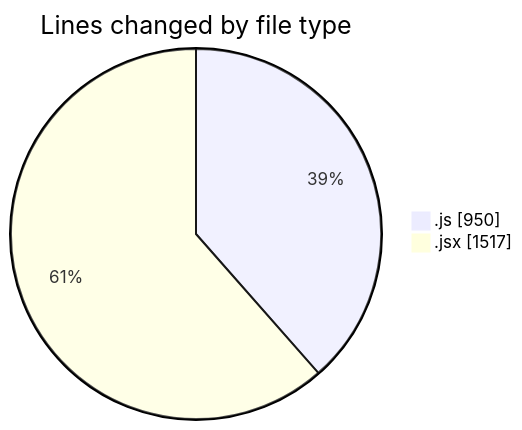
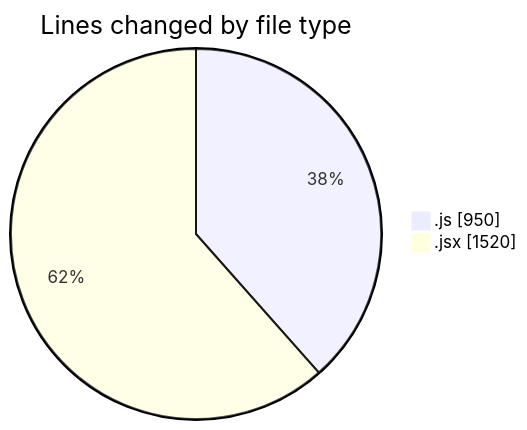
The first of 2 diagrams in 2025-08-07/nxtqube_webapp/README.md (nxtqubesakshisongat/code-tracking), drawn with Mermaid before and after one commit. The commit also changed other lines of this file and 1 other file, not shown here.

````diff
--- a/2025-08-07/nxtqube_webapp/README.md
+++ b/2025-08-07/nxtqube_webapp/README.md
@@ -24,6 +24,6 @@
 ```mermaid
 pie showData
 title Lines changed by file type
 ".js" : 950
-".jsx" : 1517
+".jsx" : 1520
 ```
````
